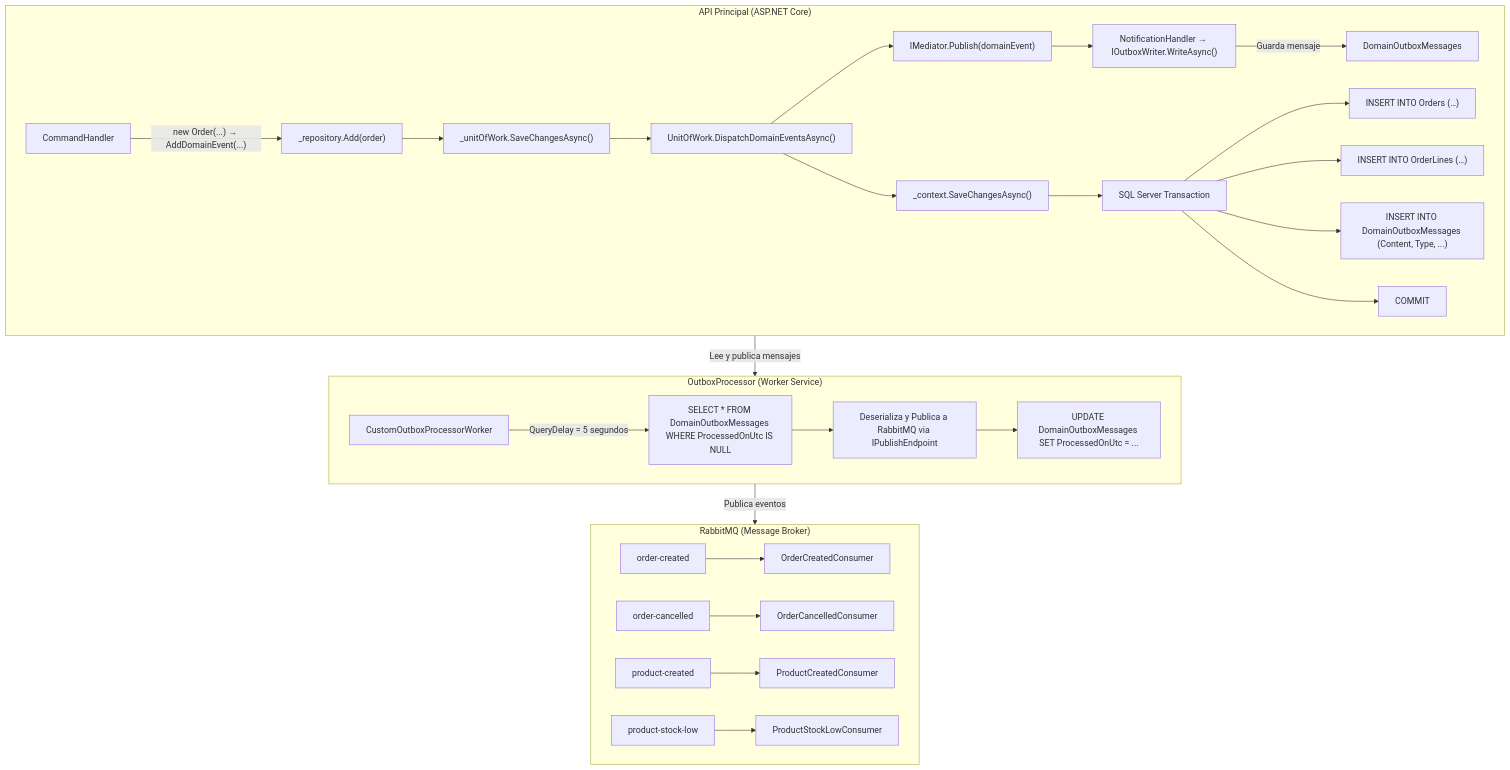
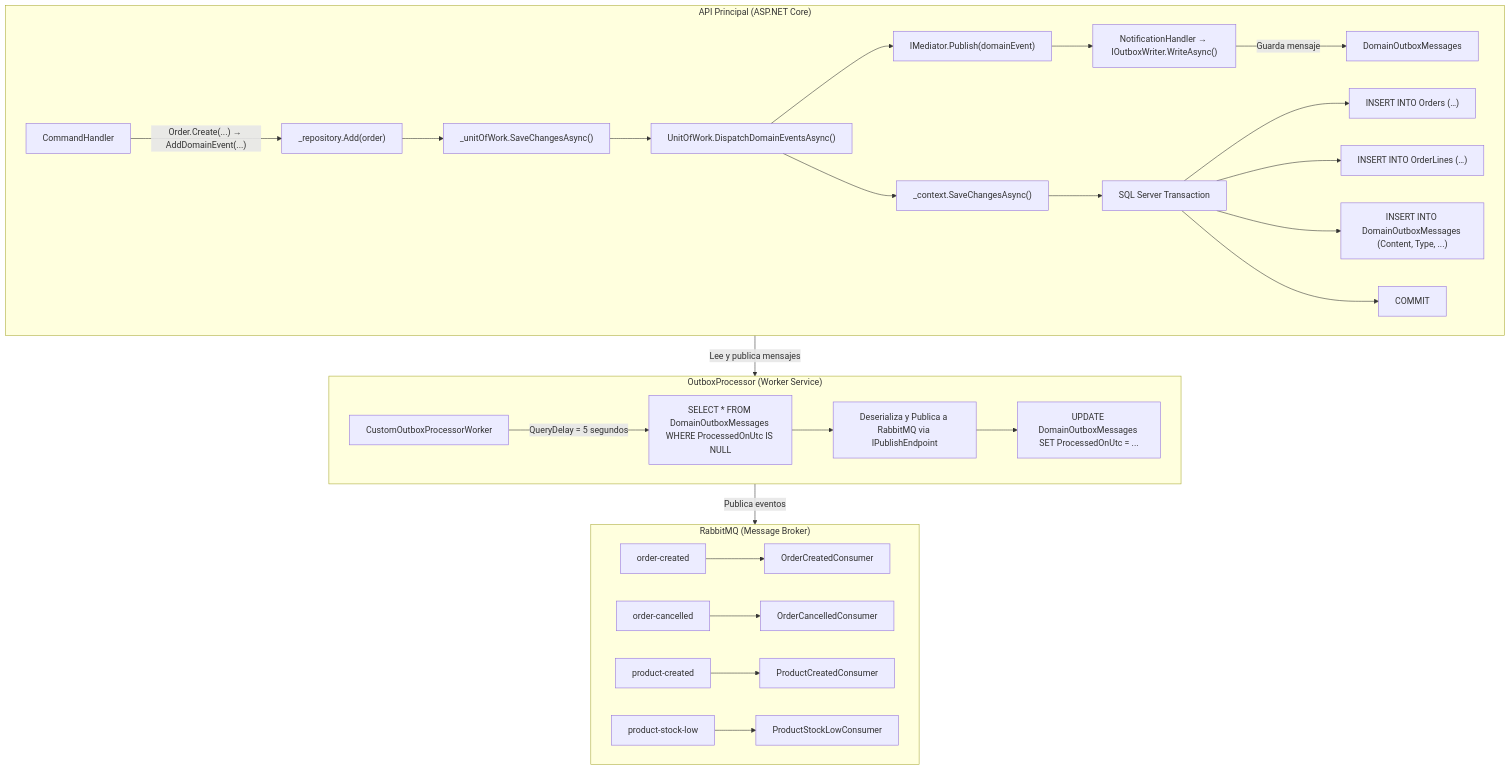
One commit to AcoranGonzalezMoray/SoftwareLearningGuide changed the first of 2 diagrams in docs/SoftwareLearningGuide.OutboxProcessor/README.OutboxPattern.md. Above: the diagram before and after it, drawn with Mermaid. The commit also changed other lines of this file and 22 other files, not shown here.

````diff
--- a/docs/SoftwareLearningGuide.OutboxProcessor/README.OutboxPattern.md
+++ b/docs/SoftwareLearningGuide.OutboxProcessor/README.OutboxPattern.md
@@ -79,39 +79,39 @@
 ```mermaid
 graph TD
     subgraph API["API Principal (ASP.NET Core)"]
         CommandHandler["CommandHandler"]
-        CommandHandler -->|"new Order(...) → AddDomainEvent(...)"| Repository["_repository.Add(order)"]
+        CommandHandler -->|"Order.Create(...) → AddDomainEvent(...)"| Repository["_repository.Add(order)"]
         Repository --> UoW["_unitOfWork.SaveChangesAsync()"]
         UoW --> Dispatch["UnitOfWork.DispatchDomainEventsAsync()"]
         Dispatch --> Mediator["IMediator.Publish(domainEvent)"]
         Mediator --> NotificationHandler["NotificationHandler → IOutboxWriter.WriteAsync()"]
         NotificationHandler -->|"Guarda mensaje"| OutboxMessages["DomainOutboxMessages"]
         Dispatch --> Context["_context.SaveChangesAsync()"]
         Context --> SQL["SQL Server Transaction"]
         SQL --> Orders["INSERT INTO Orders (…)"]
         SQL --> OrderLines["INSERT INTO OrderLines (…)"]
         SQL --> OutboxInsert["INSERT INTO DomainOutboxMessages (Content, Type, ...)"]
         SQL --> Commit["COMMIT"]
     end
 
     subgraph OutboxProcessor["OutboxProcessor (Worker Service)"]
         Worker["CustomOutboxProcessorWorker"]
         Worker -->|"QueryDelay = 5 segundos"| Select["SELECT * FROM DomainOutboxMessages WHERE ProcessedOnUtc IS NULL"]
         Select --> Deserializar["Deserializa y Publica a RabbitMQ via IPublishEndpoint"]
         Deserializar --> Update["UPDATE DomainOutboxMessages SET ProcessedOnUtc = ..."]
     end
 
     subgraph RabbitMQ["RabbitMQ (Message Broker)"]
         ColaOC["order-created"]
         ColaOD["order-cancelled"]
         ColaPC["product-created"]
         ColaPSL["product-stock-low"]
         ColaOC --> ConsOC["OrderCreatedConsumer"]
         ColaOD --> ConsOD["OrderCancelledConsumer"]
         ColaPC --> ConsPC["ProductCreatedConsumer"]
         ColaPSL --> ConsPSL["ProductStockLowConsumer"]
     end
 
     API -->|"Lee y publica mensajes"| OutboxProcessor
     OutboxProcessor -->|"Publica eventos"| RabbitMQ
 ```
````
